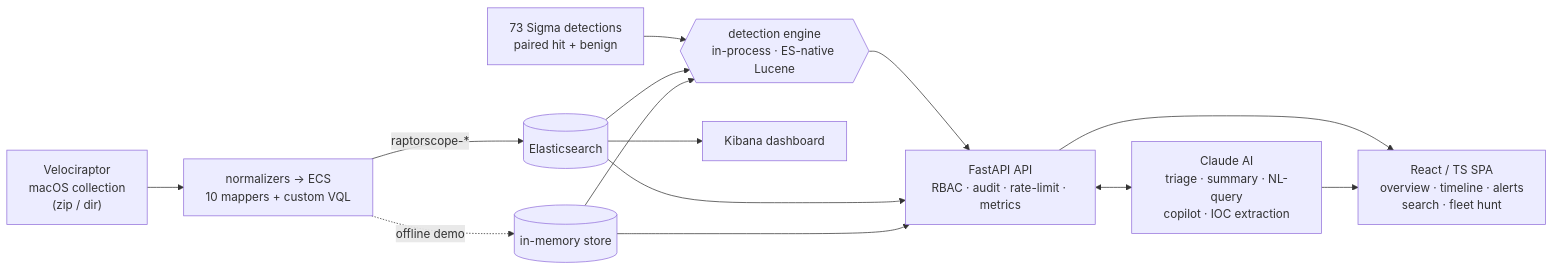
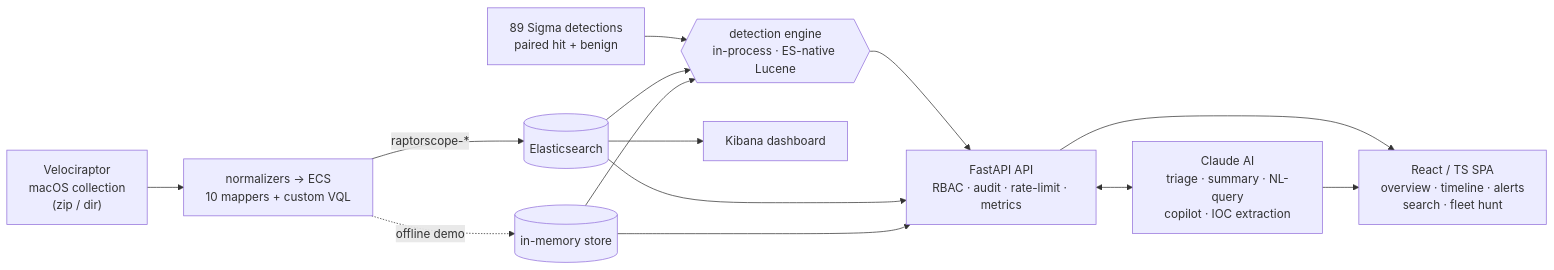
Before and after one commit to cac0ns3c/Raptorscope: the diagram in README.md, drawn with Mermaid. The commit also changed other lines of this file and 20 other files, not shown here.

````diff
--- a/README.md
+++ b/README.md
@@ -56,16 +56,16 @@
 ```mermaid
 flowchart LR
   VR["Velociraptor<br/>macOS collection<br/>(zip / dir)"] --> N["normalizers → ECS<br/>10 mappers + custom VQL"]
   N -->|"raptorscope-*"| ES[("Elasticsearch")]
   N -.->|"offline demo"| MEM[("in-memory store")]
-  RULES["73 Sigma detections<br/>paired hit + benign"] --> DET
+  RULES["89 Sigma detections<br/>paired hit + benign"] --> DET
   ES --> DET{{"detection engine<br/>in-process · ES-native Lucene"}}
   MEM --> DET
   DET --> API["FastAPI API<br/>RBAC · audit · rate-limit · metrics"]
   ES --> API
   MEM --> API
   API --> SPA["React / TS SPA<br/>overview · timeline · alerts<br/>search · fleet hunt"]
   API <--> AI["Claude AI<br/>triage · summary · NL-query<br/>copilot · IOC extraction"]
   AI --> SPA
   ES --> KB["Kibana dashboard"]
 ```
````
